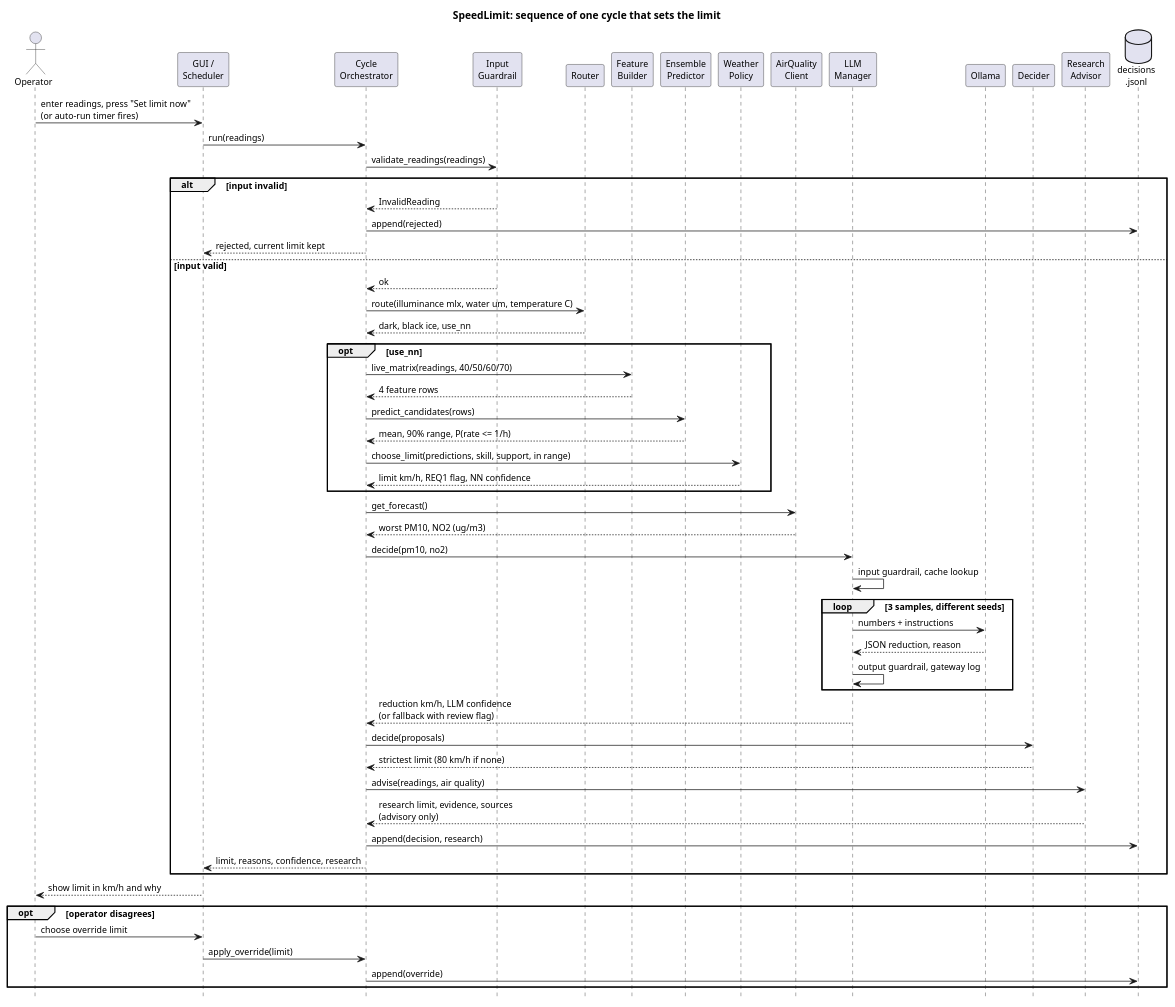
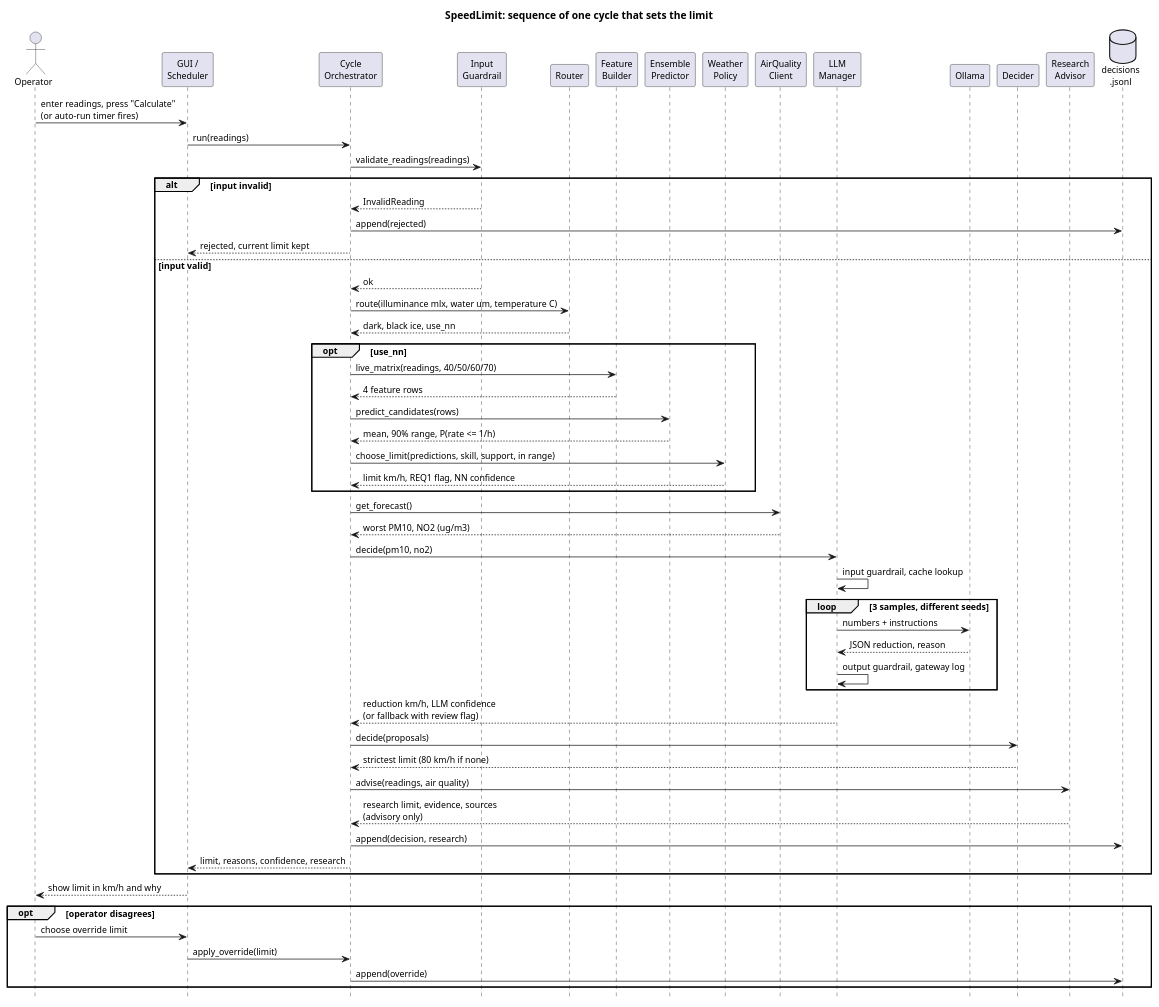
The diagram in docs/uml/06_sequence_set_limit.puml (xDGeo/SpeedLimitExampleSEA), drawn with PlantUML before and after one commit. The commit also changed 8 other files, not shown here.

```diff
--- a/docs/uml/06_sequence_set_limit.puml
+++ b/docs/uml/06_sequence_set_limit.puml
@@ -1,65 +1,65 @@
 @startuml 06_sequence_set_limit
 title SpeedLimit: sequence of one cycle that sets the limit
 skinparam shadowing false
 skinparam defaultFontSize 12
 skinparam sequenceMessageAlign left
 hide footbox
 
 actor Operator
 participant "GUI /\nScheduler" as GUI
 participant "Cycle\nOrchestrator" as Cycle
 participant "Input\nGuardrail" as Guard
 participant Router
 participant "Feature\nBuilder" as Features
 participant "Ensemble\nPredictor" as NN
 participant "Weather\nPolicy" as Weather
 participant "AirQuality\nClient" as Air
 participant "LLM\nManager" as LLM
 participant "Ollama" as Ollama
 participant "Decider" as Decider
 participant "Research\nAdvisor" as Research
 database "decisions\n.jsonl" as Log
 
-Operator -> GUI : enter readings, press "Set limit now"\n(or auto-run timer fires)
+Operator -> GUI : enter readings, press "Calculate"\n(or auto-run timer fires)
 GUI -> Cycle : run(readings)
 Cycle -> Guard : validate_readings(readings)
 alt input invalid
   Guard --> Cycle : InvalidReading
   Cycle -> Log : append(rejected)
   Cycle --> GUI : rejected, current limit kept
 else input valid
   Guard --> Cycle : ok
   Cycle -> Router : route(illuminance mlx, water um, temperature C)
   Router --> Cycle : dark, black ice, use_nn
   opt use_nn
     Cycle -> Features : live_matrix(readings, 40/50/60/70)
     Features --> Cycle : 4 feature rows
     Cycle -> NN : predict_candidates(rows)
     NN --> Cycle : mean, 90% range, P(rate <= 1/h)
     Cycle -> Weather : choose_limit(predictions, skill, support, in range)
     Weather --> Cycle : limit km/h, REQ1 flag, NN confidence
   end
   Cycle -> Air : get_forecast()
   Air --> Cycle : worst PM10, NO2 (ug/m3)
   Cycle -> LLM : decide(pm10, no2)
   LLM -> LLM : input guardrail, cache lookup
   loop 3 samples, different seeds
     LLM -> Ollama : numbers + instructions
     Ollama --> LLM : JSON reduction, reason
     LLM -> LLM : output guardrail, gateway log
   end
   LLM --> Cycle : reduction km/h, LLM confidence\n(or fallback with review flag)
   Cycle -> Decider : decide(proposals)
   Decider --> Cycle : strictest limit (80 km/h if none)
   Cycle -> Research : advise(readings, air quality)
   Research --> Cycle : research limit, evidence, sources\n(advisory only)
   Cycle -> Log : append(decision, research)
   Cycle --> GUI : limit, reasons, confidence, research
 end
 GUI --> Operator : show limit in km/h and why
 opt operator disagrees
   Operator -> GUI : choose override limit
   GUI -> Cycle : apply_override(limit)
   Cycle -> Log : append(override)
 end
 @enduml
```
